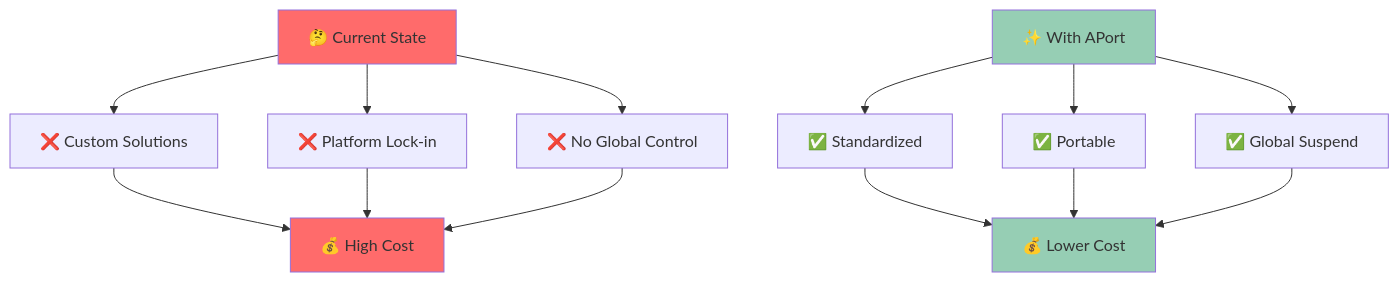
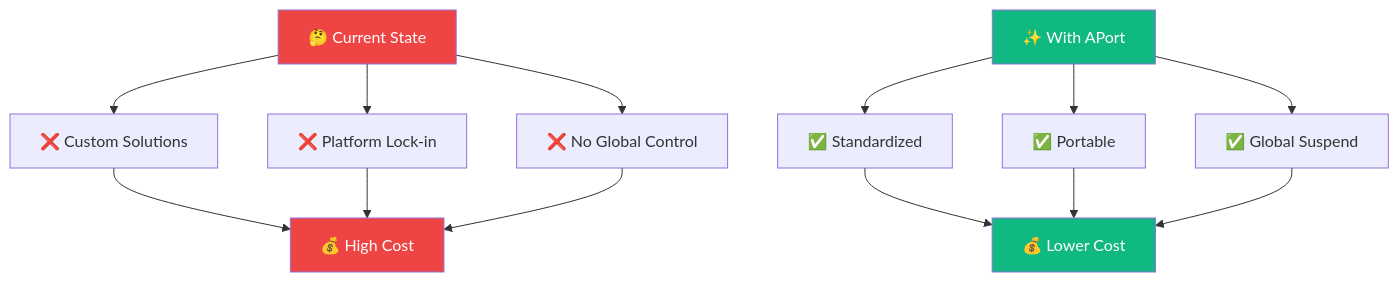
Before and after one commit to aporthq/.github: the fourth of 4 diagrams in profile/README.md, drawn with Mermaid. The commit also changed other lines of this file, not shown here.

````diff
--- a/profile/README.md
+++ b/profile/README.md
@@ -273,23 +338,23 @@
 ```mermaid
 graph TD
     A[🤔 Current State] --> B[❌ Custom Solutions]
     A --> C[❌ Platform Lock-in]
     A --> D[❌ No Global Control]
     
     E[✨ With APort] --> F[✅ Standardized]
     E --> G[✅ Portable]
     E --> H[✅ Global Suspend]
     
     B --> I[💰 High Cost]
     C --> I
     D --> I
     
     F --> J[💰 Lower Cost]
     G --> J
     H --> J
     
-    style A fill:#ff6b6b
-    style E fill:#96ceb4
-    style I fill:#ff6b6b
-    style J fill:#96ceb4
+    style A fill:#ef4444,color:#ffffff
+    style E fill:#10b981,color:#ffffff
+    style I fill:#ef4444,color:#ffffff
+    style J fill:#10b981,color:#ffffff
 ```
````
